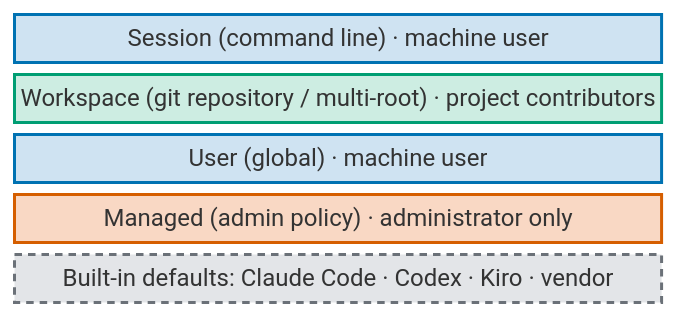
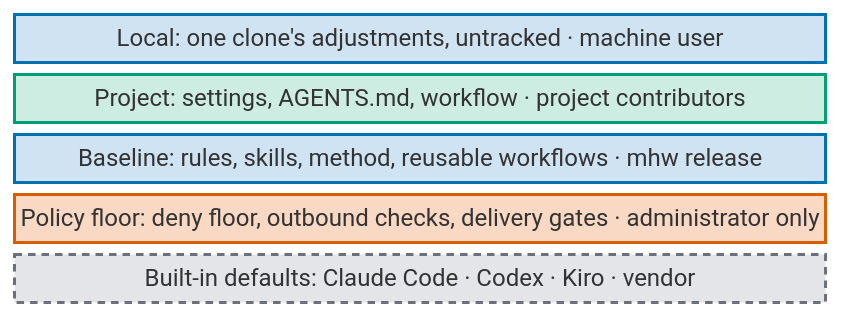
One commit to tedeuxx/mhw changed the first of 2 diagrams in README.md. Above: the diagram before and after it, drawn with Mermaid. The commit also changed other lines of this file, not shown here.

First line of the commit message:
docs(readme): open with what mhw does for a developer, then install and check

````diff
--- a/README.md
+++ b/README.md
@@ -27,18 +127,18 @@
 ```mermaid
 block-beta
   columns 1
-  L5["Session (command line) · machine user"]
-  L4["Workspace (git repository / multi-root) · project contributors"]
-  L3["User (global) · machine user"]
-  L2["Managed (admin policy) · administrator only"]
+  L5["Local: one clone's adjustments, untracked · machine user"]
+  L4["Project: settings, AGENTS.md, workflow · project contributors"]
+  L3["Baseline: rules, skills, method, reusable workflows · mhw release"]
+  L2["Policy floor: deny floor, outbound checks, delivery gates · administrator only"]
   L1["Built-in defaults: Claude Code · Codex · Kiro · vendor"]
   classDef admin fill:#F9D8C4,stroke:#D55E00,stroke-width:2px,color:#1d2228
   classDef project fill:#CDEDE2,stroke:#009E73,stroke-width:2px,color:#1d2228
   classDef user fill:#CFE3F2,stroke:#0072B2,stroke-width:2px,color:#1d2228
   classDef vendor fill:#E3E5E8,stroke:#6b7178,stroke-width:2px,color:#1d2228,stroke-dasharray:5 4
   class L5 user
   class L4 project
   class L3 user
   class L2 admin
   class L1 vendor
 ```
````
